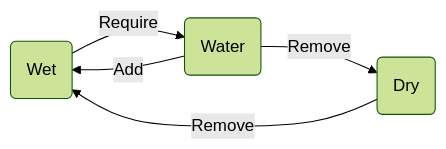
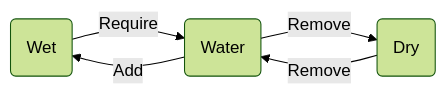
One commit to pancsta/asyncmachine-go changed the sixth of 12 diagrams in docs/diagrams.md. Above: the diagram before and after it, drawn with Mermaid (forest theme). The commit also changed other lines of this file and 6 other files, not shown here.

Commit message:
chore: replace mermaids with svgs

````diff
--- a/docs/diagrams.md
+++ b/docs/diagrams.md
@@ -217,10 +153,10 @@
 ```mermaid
 flowchart LR
     Wet(Wet)
     Dry(Dry)
     Water(Water)
     Wet -- Require --> Water
-    Dry -- Remove --> Wet
     Water -- Add --> Wet
     Water -- Remove --> Dry
+    Dry -- Remove --> Water
 ```
````
